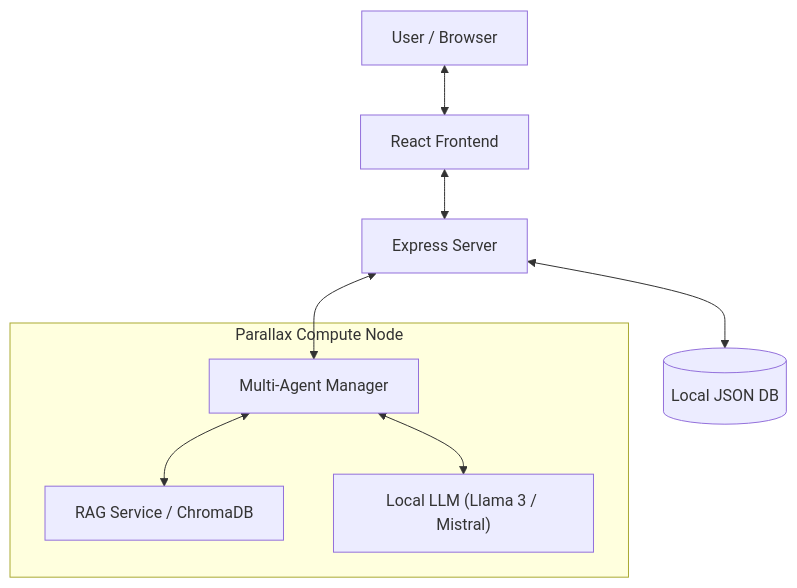
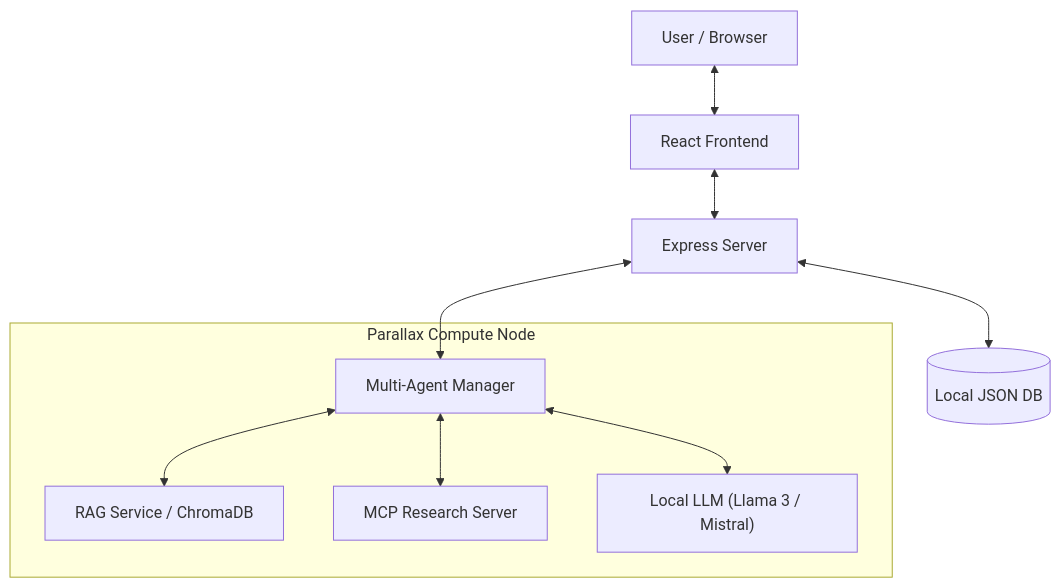
One commit to context-labs-ai/gradientflow changed the diagram in README_HACKATHON_EN.md. Above: the diagram before and after it, drawn with Mermaid. The commit also changed other lines of this file and 3 other files, not shown here.

````diff
--- a/README_HACKATHON_EN.md
+++ b/README_HACKATHON_EN.md
@@ -55,17 +61,19 @@
 ```mermaid
 graph TD
     User["User / Browser"] <--> Frontend["React Frontend"]
     Frontend <--> Backend["Express Server"]
     Backend <--> DB[("Local JSON DB")]
-    
+
     subgraph "Parallax Compute Node"
         AgentMgr["Multi-Agent Manager"]
         RAG["RAG Service / ChromaDB"]
+        MCP["MCP Research Server"]
         LLM["Local LLM (Llama 3 / Mistral)"]
-        
+
         AgentMgr <--> LLM
         AgentMgr <--> RAG
+        AgentMgr <--> MCP
     end
-    
+
     Backend <--> AgentMgr
 ```
````
